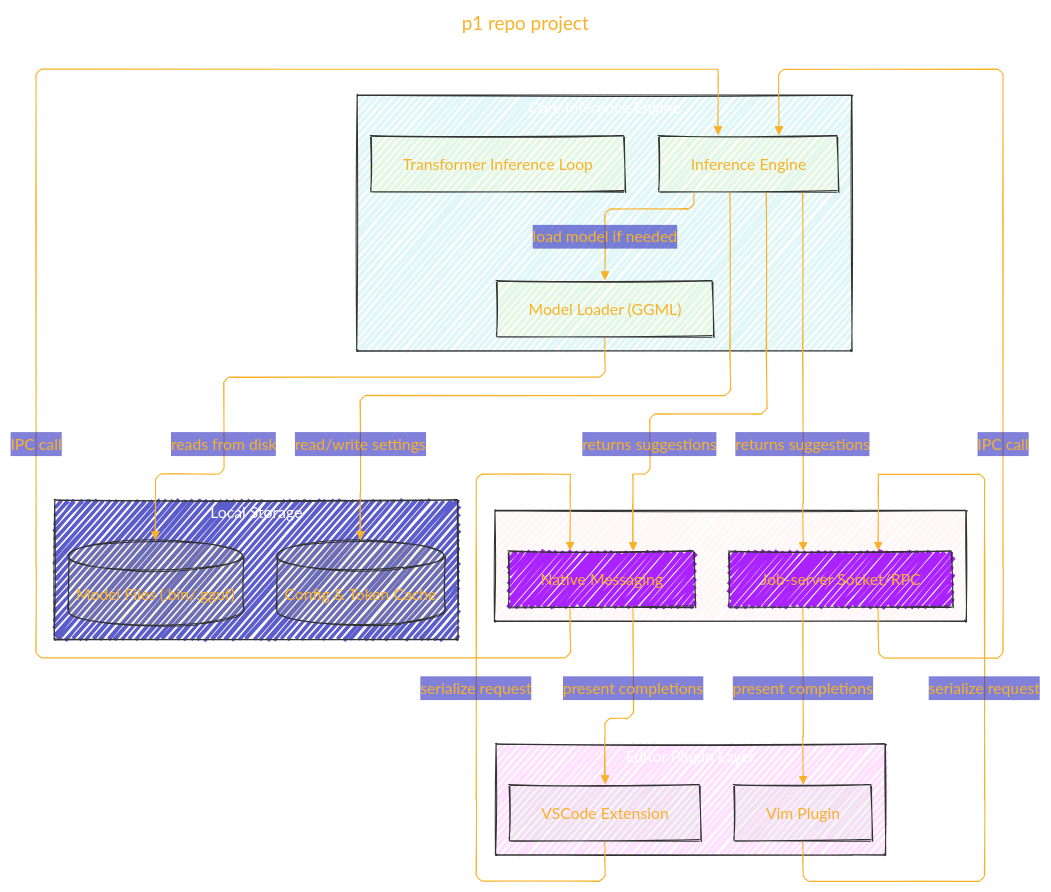
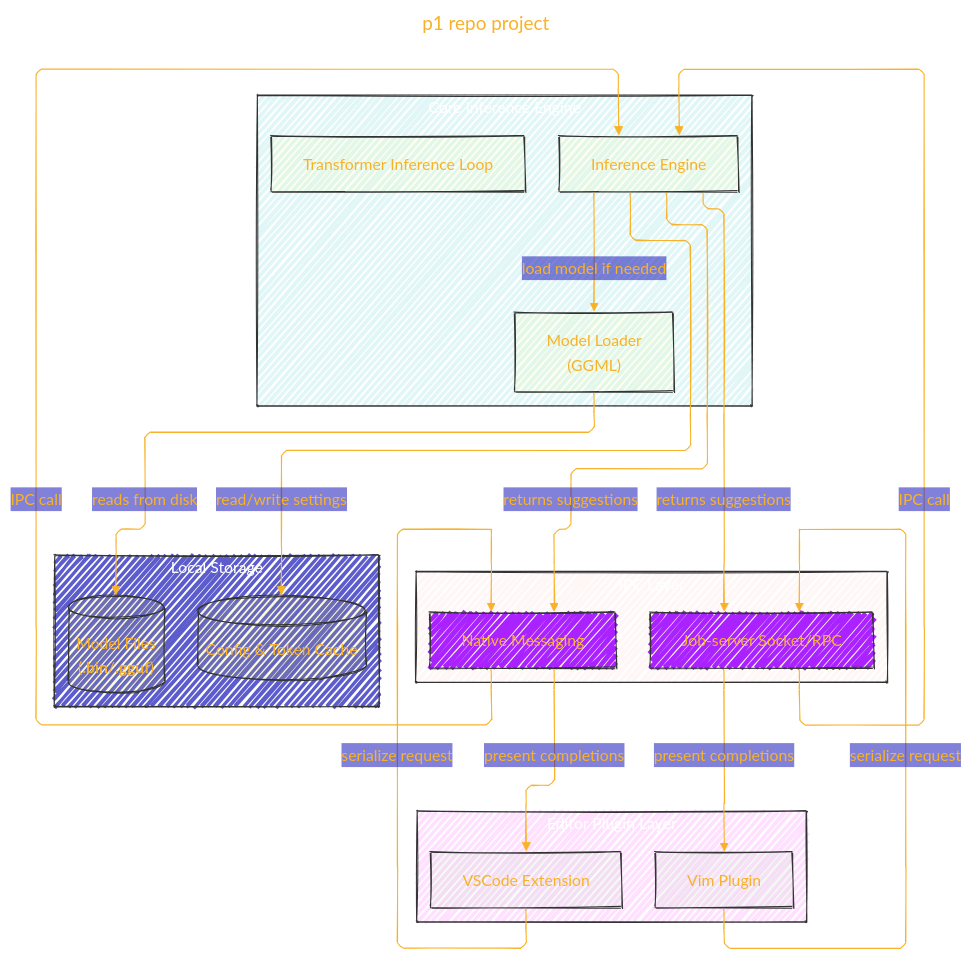
Before and after one commit to CongLeSolutionX/Synthetic-Zooniverse: the first of 2 diagrams in GGML_ORG/GitHub_repo_projects/p1.md, drawn with Mermaid. The commit also changed other lines of this file, not shown here.

```diff
--- a/GGML_ORG/GitHub_repo_projects/p1.md
+++ b/GGML_ORG/GitHub_repo_projects/p1.md
@@ -92,7 +92,7 @@
     subgraph Core_Inference_Engine["Core Inference Engine"]
     style Core_Inference_Engine fill:#2BB2,stroke:#333,stroke-width:1px, color: #FFFF
     direction TB
-        ModelLoader["Model Loader (GGML)"]:::engine
+        ModelLoader["Model Loader<br/>(GGML)"]:::engine
         Transformer["Transformer Inference Loop"]:::engine
         Engine["Inference Engine"]:::engine
     end
@@ -101,7 +101,7 @@
     subgraph Local_Storage["Local Storage"]
     style Local_Storage fill:#22BB,stroke:#333,stroke-width:1px, color: #FFFF
     direction TB
-        ModelFiles[("Model Files (.bin/.gguf)")]:::storage
+        ModelFiles[("Model Files<br/>(<b>.bin</b>/<b>.gguf</b>)")]:::storage
         ConfigCache[("Config & Token Cache")]:::storage
     end
 
```
